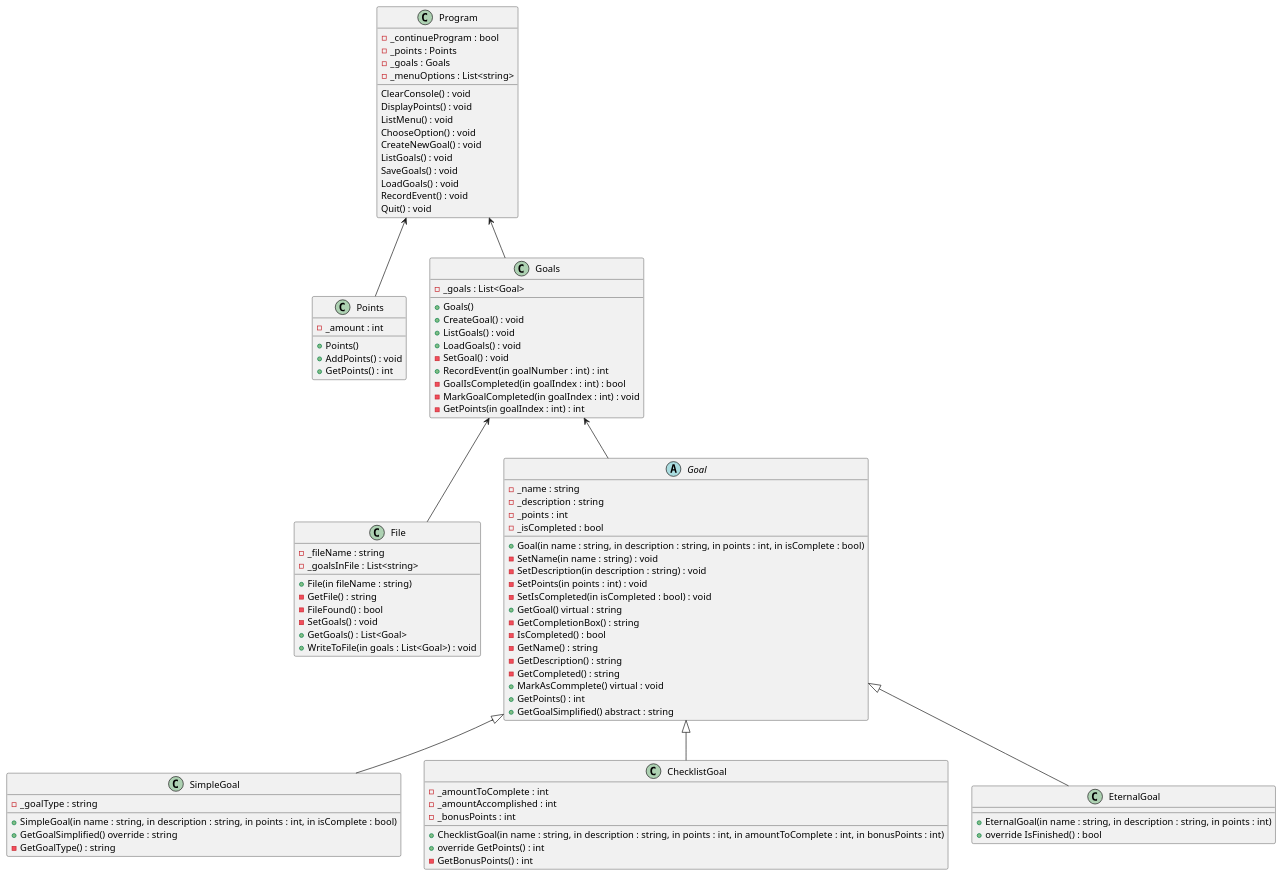
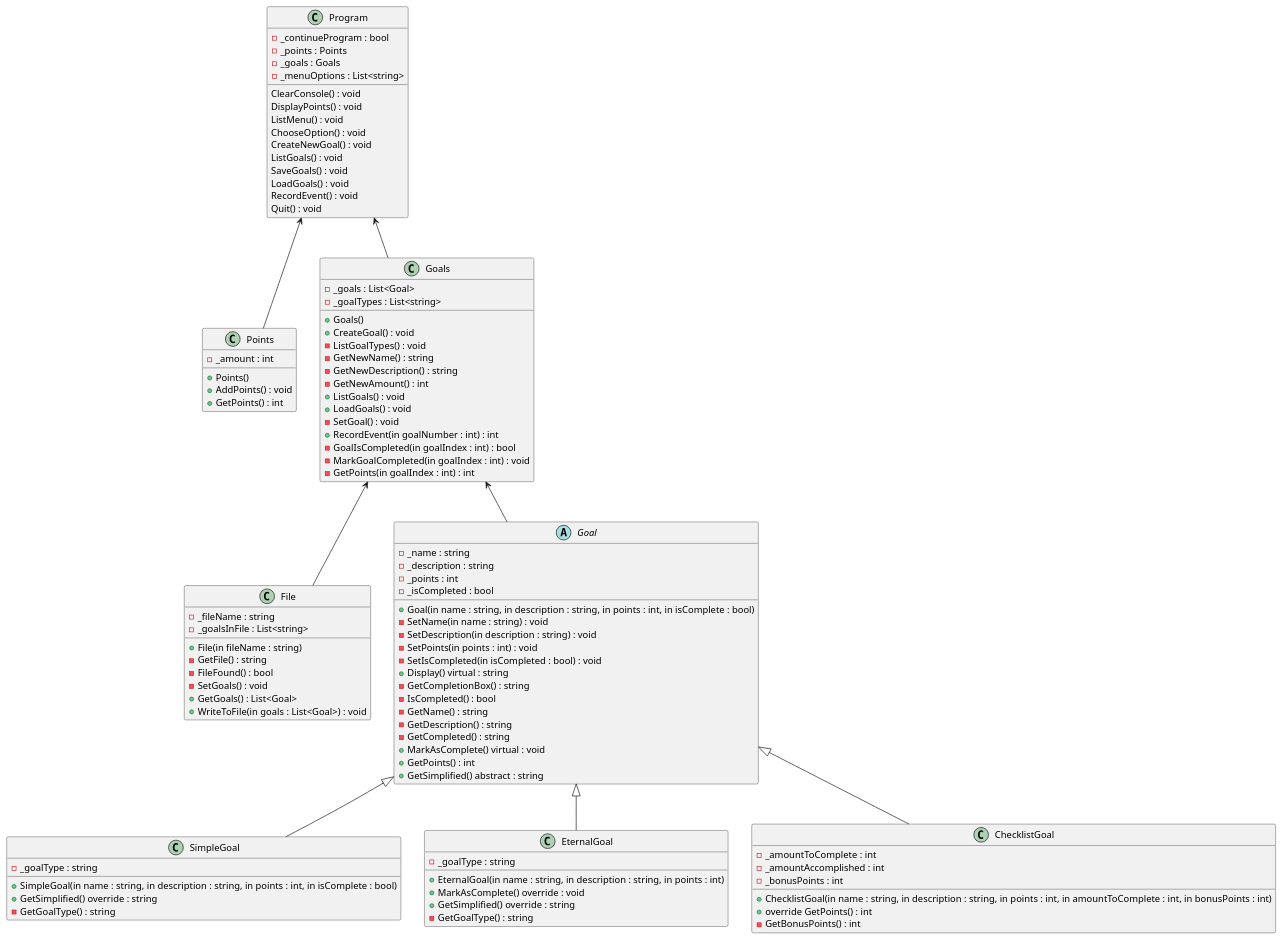
One commit to joshwmerrell/cse210-projects changed the diagram in prove/Develop05/design.puml. Above: the diagram before and after it, drawn with PlantUML. The commit also changed 6 other files, not shown here.

Commit message:
Finished EternalGoal.cs and updated Program.cs, Goals.cs, Goal.cs, SimpleGoal.cs, design.puml, and renamed the png Design Diagram to accurately reflet that it is outdated.

```diff
--- a/prove/Develop05/design.puml
+++ b/prove/Develop05/design.puml
@@ -1,109 +1,117 @@
 @startuml design
 
 class Program
 {
     -_continueProgram : bool
     -_points : Points
     -_goals : Goals
     -_menuOptions : List<string>
     ClearConsole() : void
     DisplayPoints() : void
     ListMenu() : void
     ChooseOption() : void
     CreateNewGoal() : void
     ListGoals() : void
     SaveGoals() : void
     LoadGoals() : void
     RecordEvent() : void
     Quit() : void
 }
 
 class Points
 {
     -_amount : int
     +Points()
     +AddPoints() : void
     +GetPoints() : int
 }
 
 class Goals
 {
     -_goals : List<Goal>
+    -_goalTypes : List<string>
     +Goals()
     +CreateGoal() : void
+    -ListGoalTypes() : void
+    -GetNewName() : string
+    -GetNewDescription() : string
+    -GetNewAmount() : int
     +ListGoals() : void
     +LoadGoals() : void
     -SetGoal() : void
     +RecordEvent(in goalNumber : int) : int
     -GoalIsCompleted(in goalIndex : int) : bool
     -MarkGoalCompleted(in goalIndex : int) : void
     -GetPoints(in goalIndex : int) : int
 }
 
 class File
 {
     -_fileName : string
     -_goalsInFile : List<string>
     +File(in fileName : string)
     -GetFile() : string
     -FileFound() : bool
     -SetGoals() : void
     +GetGoals() : List<Goal>
     +WriteToFile(in goals : List<Goal>) : void
 }
 
 abstract Goal
 {
     -_name : string
     -_description : string
     -_points : int
     -_isCompleted : bool
     +Goal(in name : string, in description : string, in points : int, in isComplete : bool)
     -SetName(in name : string) : void
     -SetDescription(in description : string) : void
     -SetPoints(in points : int) : void
     -SetIsCompleted(in isCompleted : bool) : void
-    +GetGoal() virtual : string
+    +Display() virtual : string
     -GetCompletionBox() : string
     -IsCompleted() : bool
     -GetName() : string
     -GetDescription() : string
     -GetCompleted() : string
-    +MarkAsCommplete() virtual : void
+    +MarkAsComplete() virtual : void
     +GetPoints() : int
-    +GetGoalSimplified() abstract : string
+    +GetSimplified() abstract : string
 }
 
 class SimpleGoal
 {
     -_goalType : string
     +SimpleGoal(in name : string, in description : string, in points : int, in isComplete : bool)
-    +GetGoalSimplified() override : string
+    +GetSimplified() override : string
+    -GetGoalType() : string
+}
+
+class EternalGoal
+{
+    -_goalType : string
+    +EternalGoal(in name : string, in description : string, in points : int)
+    +MarkAsComplete() override : void
+    +GetSimplified() override : string
     -GetGoalType() : string
 }
 
 class ChecklistGoal
 {
     -_amountToComplete : int
     -_amountAccomplished : int
     -_bonusPoints : int
     +ChecklistGoal(in name : string, in description : string, in points : int, in amountToComplete : int, in bonusPoints : int)
     +override GetPoints() : int
     -GetBonusPoints() : int
 }
 
-class EternalGoal
-{
-    +EternalGoal(in name : string, in description : string, in points : int)
-    +override IsFinished() : bool
-}
-
 Program <-- Points
 Program <-- Goals
 Goals <-- Goal
 Goals <-- File
 Goal <|-- SimpleGoal
 Goal <|-- ChecklistGoal
 Goal <|-- EternalGoal
 
 @enduml
```
